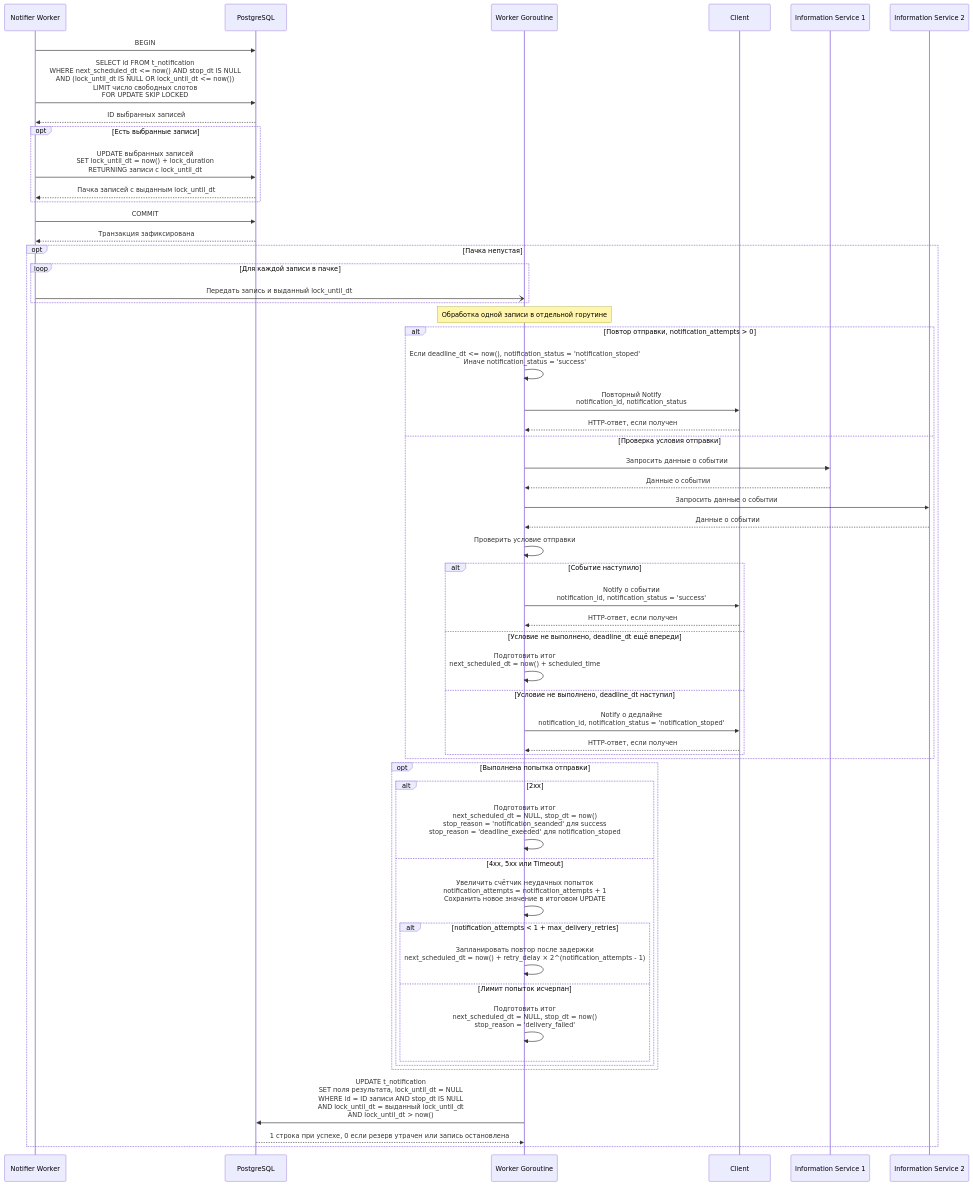
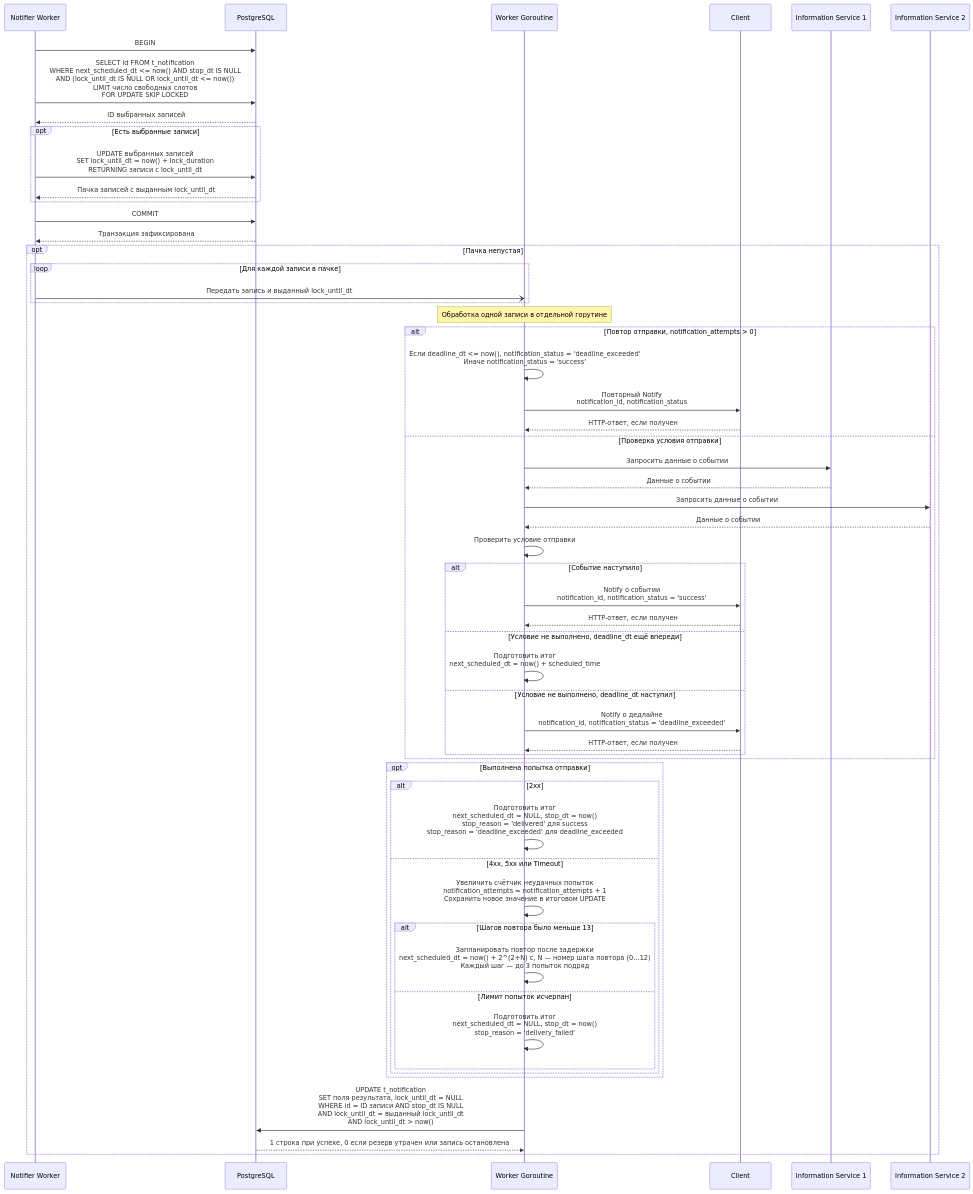
The fifth of 6 diagrams in README.md (ssunshineguy/notifier), drawn with Mermaid before and after one commit. The commit also changed other lines of this file and 41 other files, not shown here.

````diff
--- a/README.md
+++ b/README.md
@@ -138,64 +138,64 @@
 ```mermaid
 sequenceDiagram
     participant W as Notifier Worker
     participant DB as PostgreSQL
     participant G as Worker Goroutine
     participant C as Client
     participant I1 as Information Service 1
     participant I2 as Information Service 2
 
     W->>DB: BEGIN
     W->>DB: SELECT id FROM t_notification<br/>WHERE next_scheduled_dt <= now() AND stop_dt IS NULL<br/>AND (lock_until_dt IS NULL OR lock_until_dt <= now())<br/>LIMIT число свободных слотов<br/>FOR UPDATE SKIP LOCKED
     DB-->>W: ID выбранных записей
     opt Есть выбранные записи
         W->>DB: UPDATE выбранных записей<br/>SET lock_until_dt = now() + lock_duration<br/>RETURNING записи с lock_until_dt
         DB-->>W: Пачка записей с выданным lock_until_dt
     end
     W->>DB: COMMIT
     DB-->>W: Транзакция зафиксирована
 
     opt Пачка непустая
         loop Для каждой записи в пачке
             W-)G: Передать запись и выданный lock_until_dt
         end
 
         Note over G: Обработка одной записи в отдельной горутине
         alt Повтор отправки, notification_attempts > 0
-            G->>G: Если deadline_dt <= now(), notification_status = 'notification_stoped'<br/>Иначе notification_status = 'success'
+            G->>G: Если deadline_dt <= now(), notification_status = 'deadline_exceeded'<br/>Иначе notification_status = 'success'
             G->>C: Повторный Notify<br/>notification_id, notification_status
             C-->>G: HTTP-ответ, если получен
         else Проверка условия отправки
             G->>I1: Запросить данные о событии
             I1-->>G: Данные о событии
             G->>I2: Запросить данные о событии
             I2-->>G: Данные о событии
             G->>G: Проверить условие отправки
 
             alt Событие наступило
                 G->>C: Notify о событии<br/>notification_id, notification_status = 'success'
                 C-->>G: HTTP-ответ, если получен
             else Условие не выполнено, deadline_dt ещё впереди
                 G->>G: Подготовить итог<br/>next_scheduled_dt = now() + scheduled_time
             else Условие не выполнено, deadline_dt наступил
-                G->>C: Notify о дедлайне<br/>notification_id, notification_status = 'notification_stoped'
+                G->>C: Notify о дедлайне<br/>notification_id, notification_status = 'deadline_exceeded'
                 C-->>G: HTTP-ответ, если получен
             end
         end
 
         opt Выполнена попытка отправки
             alt 2xx
-                G->>G: Подготовить итог<br/>next_scheduled_dt = NULL, stop_dt = now()<br/>stop_reason = 'notification_seanded' для success<br/>stop_reason = 'deadline_exeeded' для notification_stoped
+                G->>G: Подготовить итог<br/>next_scheduled_dt = NULL, stop_dt = now()<br/>stop_reason = 'delivered' для success<br/>stop_reason = 'deadline_exceeded' для deadline_exceeded
             else 4xx, 5xx или Timeout
                 G->>G: Увеличить счётчик неудачных попыток<br/>notification_attempts = notification_attempts + 1<br/>Сохранить новое значение в итоговом UPDATE
-                alt notification_attempts < 1 + max_delivery_retries
-                    G->>G: Запланировать повтор после задержки<br/>next_scheduled_dt = now() + retry_delay × 2^(notification_attempts - 1)
+                alt Шагов повтора было меньше 13
+                    G->>G: Запланировать повтор после задержки<br/>next_scheduled_dt = now() + 2^(2+N) с, N — номер шага повтора (0…12)<br/>Каждый шаг — до 3 попыток подряд
                 else Лимит попыток исчерпан
                     G->>G: Подготовить итог<br/>next_scheduled_dt = NULL, stop_dt = now()<br/>stop_reason = 'delivery_failed'
                 end
             end
         end
 
         G->>DB: UPDATE t_notification<br/>SET поля результата, lock_until_dt = NULL<br/>WHERE id = ID записи AND stop_dt IS NULL<br/>AND lock_until_dt = выданный lock_until_dt<br/>AND lock_until_dt > now()
         DB-->>G: 1 строка при успехе, 0 если резерв утрачен или запись остановлена
     end
 ```
````
